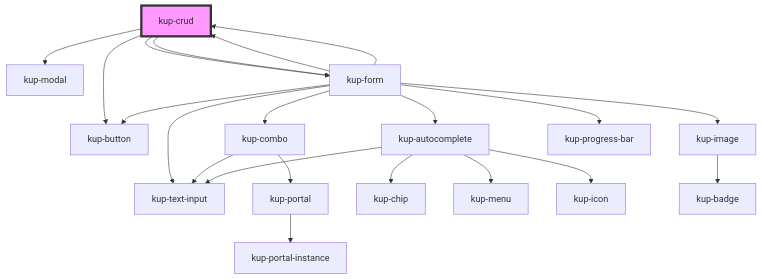
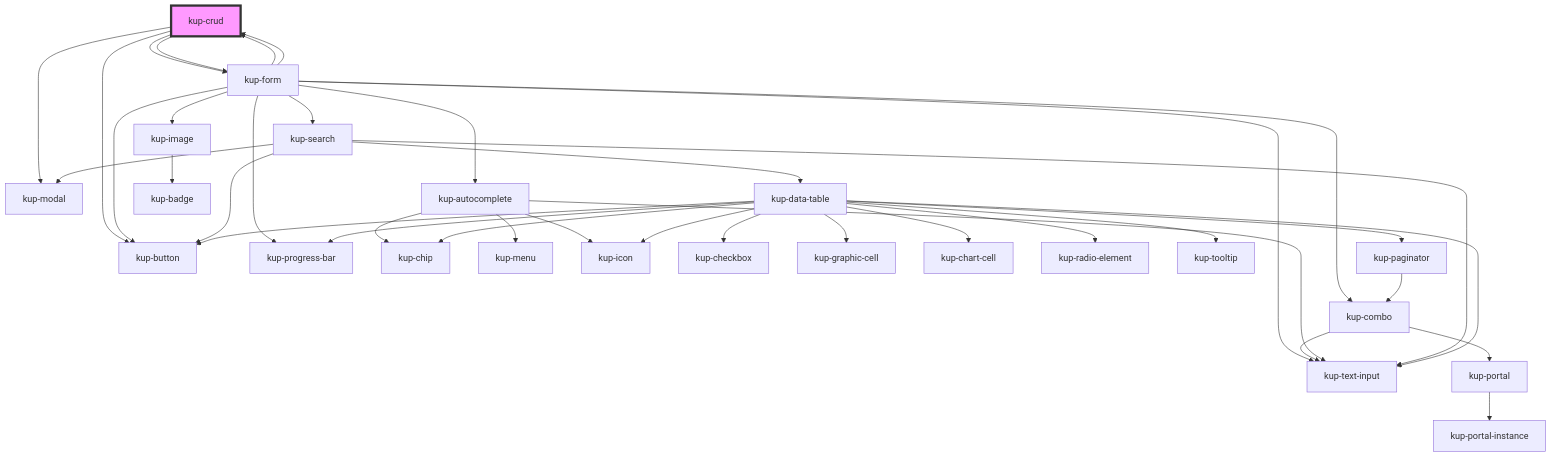
Before and after one commit to smeup/ketchup: the diagram in packages/ketchup/src/components/kup-crud/readme.md, drawn with Mermaid. The commit also changed other lines of this file and 28 other files, not shown here.

Commit message:
kup-form: search

````diff
--- a/packages/ketchup/src/components/kup-crud/readme.md
+++ b/packages/ketchup/src/components/kup-crud/readme.md
@@ -83,24 +84,41 @@
 ```mermaid
 graph TD;
   kup-crud --> kup-button
   kup-crud --> kup-modal
   kup-crud --> kup-form
   kup-crud --> kup-form
   kup-form --> kup-combo
   kup-form --> kup-crud
   kup-form --> kup-autocomplete
+  kup-form --> kup-search
   kup-form --> kup-image
   kup-form --> kup-progress-bar
   kup-form --> kup-text-input
   kup-form --> kup-button
   kup-form --> kup-crud
   kup-combo --> kup-text-input
   kup-combo --> kup-portal
   kup-portal --> kup-portal-instance
   kup-autocomplete --> kup-chip
   kup-autocomplete --> kup-text-input
   kup-autocomplete --> kup-menu
   kup-autocomplete --> kup-icon
+  kup-search --> kup-text-input
+  kup-search --> kup-button
+  kup-search --> kup-modal
+  kup-search --> kup-data-table
+  kup-data-table --> kup-text-input
+  kup-data-table --> kup-icon
+  kup-data-table --> kup-checkbox
+  kup-data-table --> kup-button
+  kup-data-table --> kup-graphic-cell
+  kup-data-table --> kup-chart-cell
+  kup-data-table --> kup-progress-bar
+  kup-data-table --> kup-radio-element
+  kup-data-table --> kup-tooltip
+  kup-data-table --> kup-paginator
+  kup-data-table --> kup-chip
+  kup-paginator --> kup-combo
   kup-image --> kup-badge
   style kup-crud fill:#f9f,stroke:#333,stroke-width:4px
 ```
````
